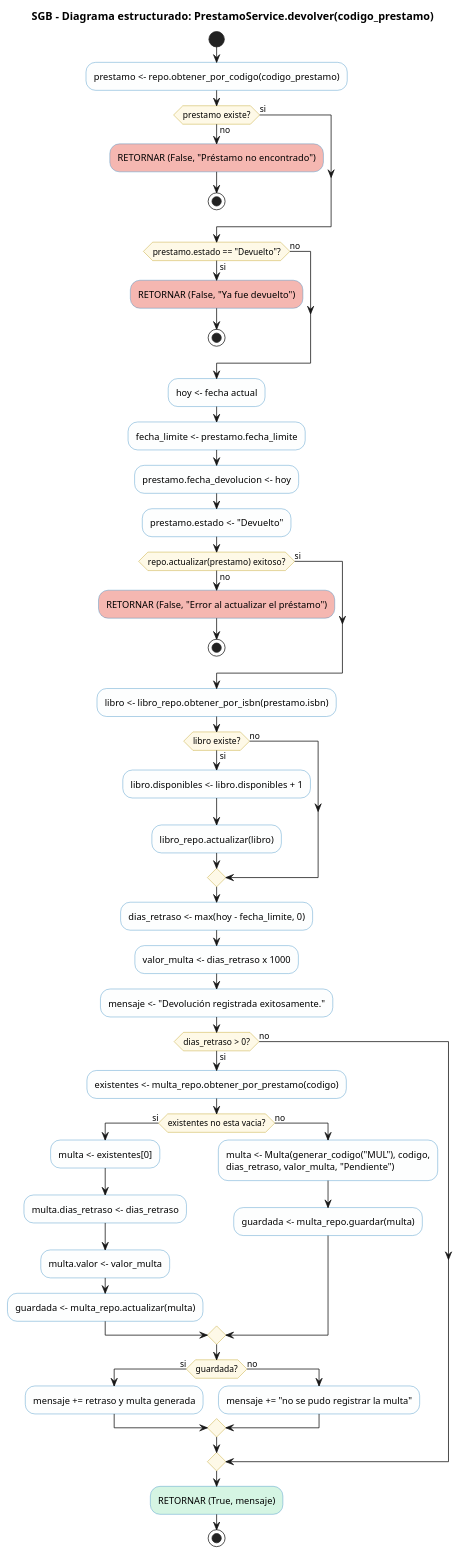
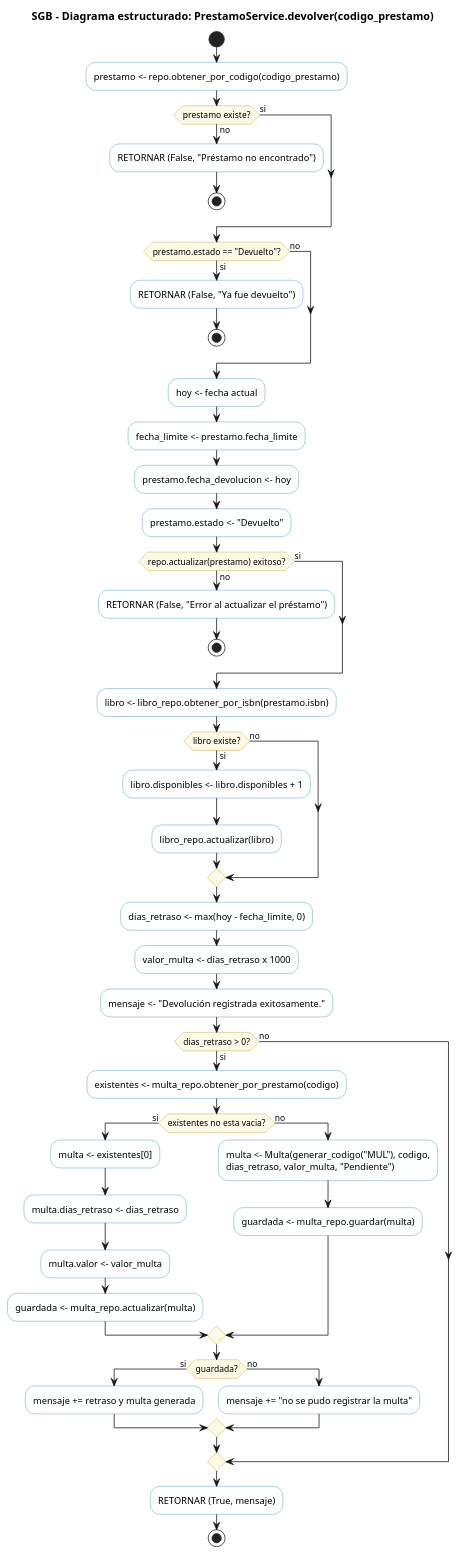
Before and after one commit to RR-source-k/sgb-sistema-bibliotecaria: the diagram in puml/diagrama_estructurado_devolucion.puml, drawn with PlantUML. The commit also changed 4 other files, not shown here.

```diff
--- a/puml/diagrama_estructurado_devolucion.puml
+++ b/puml/diagrama_estructurado_devolucion.puml
@@ -1,69 +1,69 @@
 @startuml
 title SGB - Diagrama estructurado: PrestamoService.devolver(codigo_prestamo)
 
 skinparam shadowing false
 skinparam defaultFontName Helvetica
 skinparam activity {
   BackgroundColor #FDFEFE
   BorderColor #2E86C1
   DiamondBackgroundColor #FEF9E7
   DiamondBorderColor #B7950B
 }
 
 start
 :prestamo <- repo.obtener_por_codigo(codigo_prestamo);
 if (prestamo existe?) then (no)
-  #F5B7B1:RETORNAR (False, "Préstamo no encontrado");
+  :RETORNAR (False, "Préstamo no encontrado");
   stop
 else (si)
 endif
 if (prestamo.estado == "Devuelto"?) then (si)
-  #F5B7B1:RETORNAR (False, "Ya fue devuelto");
+  :RETORNAR (False, "Ya fue devuelto");
   stop
 else (no)
 endif
 
 :hoy <- fecha actual;
 :fecha_limite <- prestamo.fecha_limite;
 :prestamo.fecha_devolucion <- hoy;
 :prestamo.estado <- "Devuelto";
 if (repo.actualizar(prestamo) exitoso?) then (no)
-  #F5B7B1:RETORNAR (False, "Error al actualizar el préstamo");
+  :RETORNAR (False, "Error al actualizar el préstamo");
   stop
 else (si)
 endif
 
 :libro <- libro_repo.obtener_por_isbn(prestamo.isbn);
 if (libro existe?) then (si)
   :libro.disponibles <- libro.disponibles + 1;
   :libro_repo.actualizar(libro);
 else (no)
 endif
 
 :dias_retraso <- max(hoy - fecha_limite, 0);
 :valor_multa <- dias_retraso x 1000;
 :mensaje <- "Devolución registrada exitosamente.";
 
 if (dias_retraso > 0?) then (si)
   :existentes <- multa_repo.obtener_por_prestamo(codigo);
   if (existentes no esta vacia?) then (si)
     :multa <- existentes[0];
     :multa.dias_retraso <- dias_retraso;
     :multa.valor <- valor_multa;
     :guardada <- multa_repo.actualizar(multa);
   else (no)
     :multa <- Multa(generar_codigo("MUL"), codigo,\ndias_retraso, valor_multa, "Pendiente");
     :guardada <- multa_repo.guardar(multa);
   endif
   if (guardada?) then (si)
     :mensaje += retraso y multa generada;
   else (no)
     :mensaje += "no se pudo registrar la multa";
   endif
 else (no)
 endif
 
-#D5F5E3:RETORNAR (True, mensaje);
+:RETORNAR (True, mensaje);
 stop
 
 @enduml
```
